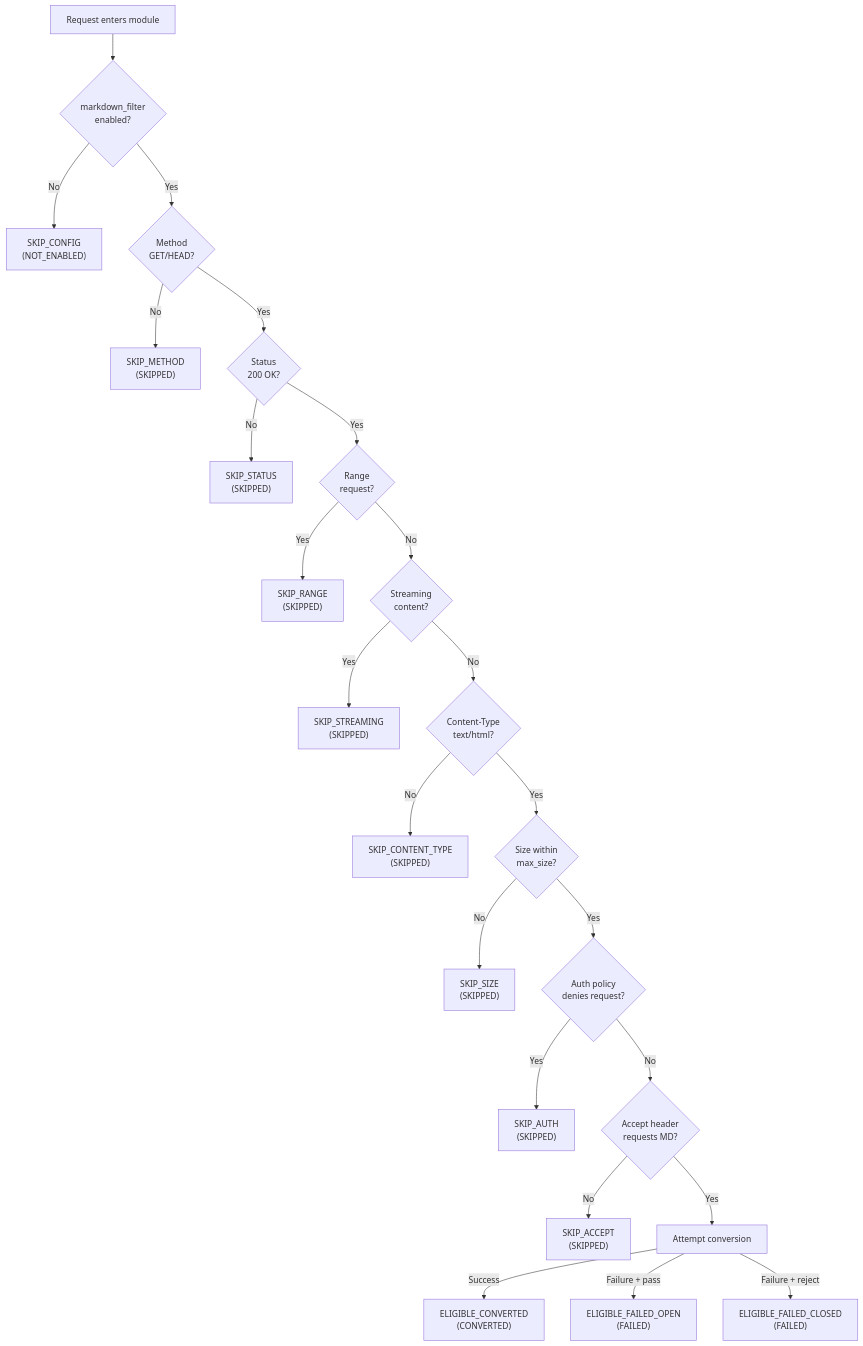
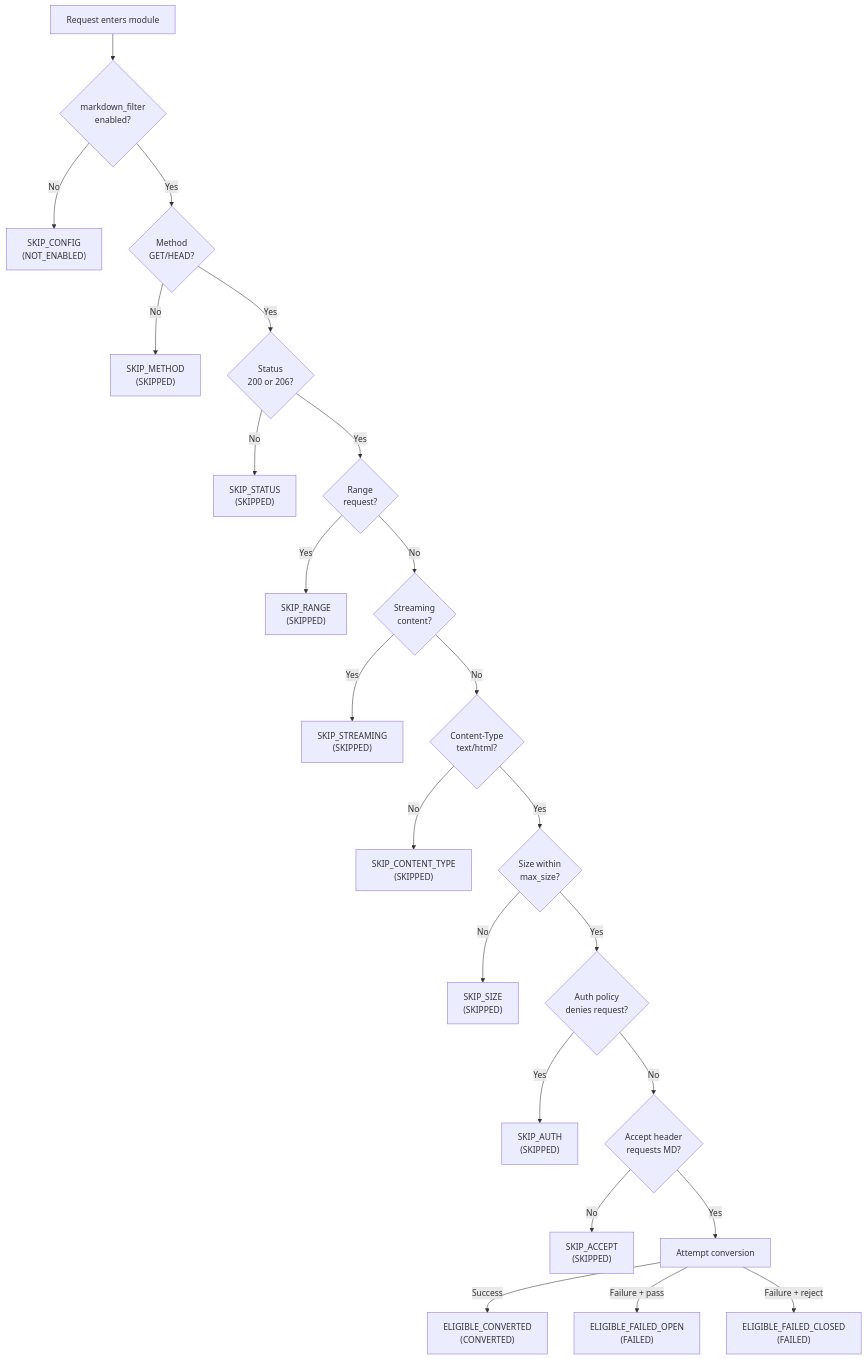
One commit to cnkang/nginx-markdown-for-agents changed the diagram in docs/features/DECISION_CHAIN.md. Above: the diagram before and after it, drawn with Mermaid. The commit also changed other lines of this file and 2 other files, not shown here.

````diff
--- a/docs/features/DECISION_CHAIN.md
+++ b/docs/features/DECISION_CHAIN.md
@@ -11,25 +11,25 @@
 ```mermaid
 flowchart TD
     A["Request enters module"] --> B{"markdown_filter<br/>enabled?"}
     B -->|No| C["SKIP_CONFIG<br/>(NOT_ENABLED)"]
     B -->|Yes| D{"Method<br/>GET/HEAD?"}
     D -->|No| E["SKIP_METHOD<br/>(SKIPPED)"]
-    D -->|Yes| F{"Status<br/>200 OK?"}
+    D -->|Yes| F{"Status<br/>200 or 206?"}
     F -->|No| G["SKIP_STATUS<br/>(SKIPPED)"]
     F -->|Yes| H{"Range<br/>request?"}
     H -->|Yes| I["SKIP_RANGE<br/>(SKIPPED)"]
     H -->|No| J{"Streaming<br/>content?"}
     J -->|Yes| K["SKIP_STREAMING<br/>(SKIPPED)"]
     J -->|No| L{"Content-Type<br/>text/html?"}
     L -->|No| M["SKIP_CONTENT_TYPE<br/>(SKIPPED)"]
     L -->|Yes| N{"Size within<br/>max_size?"}
     N -->|No| O["SKIP_SIZE<br/>(SKIPPED)"]
     N -->|Yes| P{"Auth policy<br/>denies request?"}
     P -->|Yes| Q["SKIP_AUTH<br/>(SKIPPED)"]
     P -->|No| R{"Accept header<br/>requests MD?"}
     R -->|No| S["SKIP_ACCEPT<br/>(SKIPPED)"]
     R -->|Yes| T["Attempt conversion"]
     T -->|Success| U["ELIGIBLE_CONVERTED<br/>(CONVERTED)"]
     T -->|Failure + pass| V["ELIGIBLE_FAILED_OPEN<br/>(FAILED)"]
     T -->|Failure + reject| W["ELIGIBLE_FAILED_CLOSED<br/>(FAILED)"]
 ```
````
